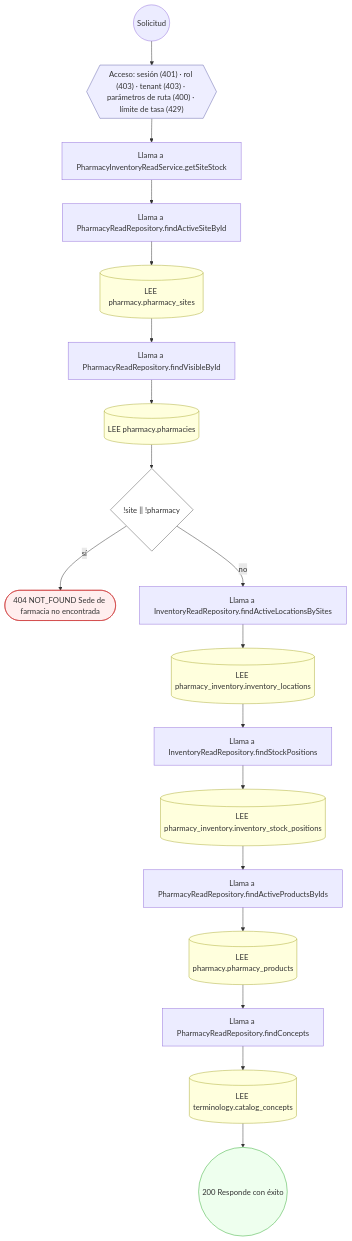
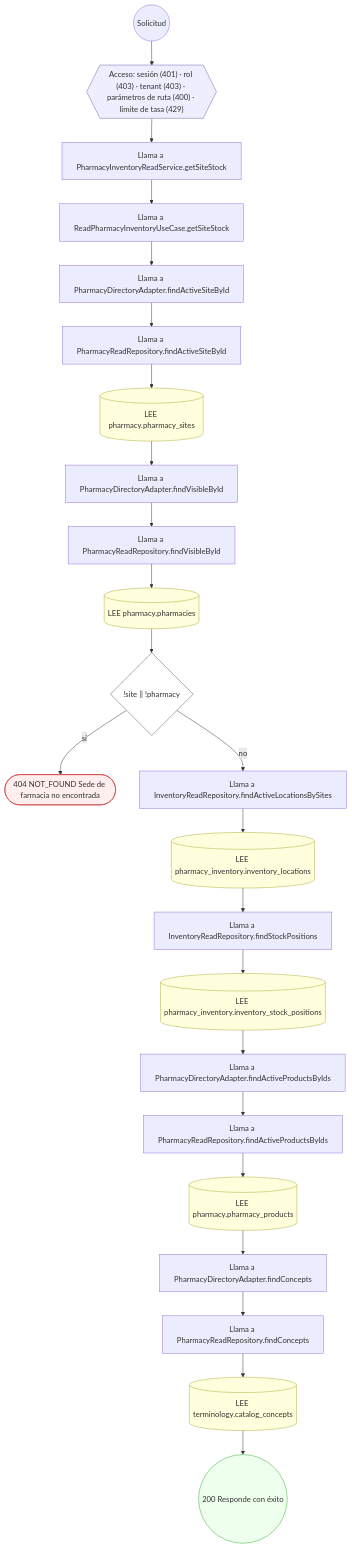
The eighth of 30 diagrams in docs/inventario/flujos/pharmacy_inventory.md (mdavila-2001/mantra-core-health-api), drawn with Mermaid before and after one commit. The commit also changed other lines of this file and 451 other files, not shown here.

First line of the commit message:
chore(data_catalog): contrato OpenAPI, inventario y pruebas al día con el diseño del #660

````diff
--- a/docs/inventario/flujos/pharmacy_inventory.md
+++ b/docs/inventario/flujos/pharmacy_inventory.md
@@ -805,44 +775,54 @@
 ```mermaid
 flowchart TD
   n1(("Solicitud")):::inicio
   n2{{"Acceso: sesión (401) · rol (403) · tenant (403) · parámetros de ruta (400) · límite de tasa (429)"}}:::acceso
   n1 --> n2
   n3["Llama a PharmacyInventoryReadService.getSiteStock"]:::llamada
   n2 --> n3
-  n4["Llama a PharmacyReadRepository.findActiveSiteById"]:::llamada
+  n4["Llama a ReadPharmacyInventoryUseCase.getSiteStock"]:::llamada
   n3 --> n4
-  n5[("LEE pharmacy.pharmacy_sites")]:::efecto
+  n5["Llama a PharmacyDirectoryAdapter.findActiveSiteById"]:::llamada
   n4 --> n5
-  n6["Llama a PharmacyReadRepository.findVisibleById"]:::llamada
+  n6["Llama a PharmacyReadRepository.findActiveSiteById"]:::llamada
   n5 --> n6
-  n7[("LEE pharmacy.pharmacies")]:::efecto
+  n7[("LEE pharmacy.pharmacy_sites")]:::efecto
   n6 --> n7
-  n8{"!site || !pharmacy"}:::decision
+  n8["Llama a PharmacyDirectoryAdapter.findVisibleById"]:::llamada
   n7 --> n8
-  n9(["404 NOT_FOUND Sede de farmacia no encontrada"]):::error
-  n8 -->|"sí"| n9
-  n10["Llama a InventoryReadRepository.findActiveLocationsBySites"]:::llamada
-  n8 -->|"no"| n10
-  n11[("LEE pharmacy_inventory.inventory_locations")]:::efecto
+  n9["Llama a PharmacyReadRepository.findVisibleById"]:::llamada
+  n8 --> n9
+  n10[("LEE pharmacy.pharmacies")]:::efecto
+  n9 --> n10
+  n11{"!site || !pharmacy"}:::decision
   n10 --> n11
-  n12["Llama a InventoryReadRepository.findStockPositions"]:::llamada
-  n11 --> n12
-  n13[("LEE pharmacy_inventory.inventory_stock_positions")]:::efecto
-  n12 --> n13
-  n14["Llama a PharmacyReadRepository.findActiveProductsByIds"]:::llamada
+  n12(["404 NOT_FOUND Sede de farmacia no encontrada"]):::error
+  n11 -->|"sí"| n12
+  n13["Llama a InventoryReadRepository.findActiveLocationsBySites"]:::llamada
+  n11 -->|"no"| n13
+  n14[("LEE pharmacy_inventory.inventory_locations")]:::efecto
   n13 --> n14
-  n15[("LEE pharmacy.pharmacy_products")]:::efecto
+  n15["Llama a InventoryReadRepository.findStockPositions"]:::llamada
   n14 --> n15
-  n16["Llama a PharmacyReadRepository.findConcepts"]:::llamada
+  n16[("LEE pharmacy_inventory.inventory_stock_positions")]:::efecto
   n15 --> n16
-  n17[("LEE terminology.catalog_concepts")]:::efecto
+  n17["Llama a PharmacyDirectoryAdapter.findActiveProductsByIds"]:::llamada
   n16 --> n17
-  n18(("200 Responde con éxito")):::ok
+  n18["Llama a PharmacyReadRepository.findActiveProductsByIds"]:::llamada
   n17 --> n18
+  n19[("LEE pharmacy.pharmacy_products")]:::efecto
+  n18 --> n19
+  n20["Llama a PharmacyDirectoryAdapter.findConcepts"]:::llamada
+  n19 --> n20
+  n21["Llama a PharmacyReadRepository.findConcepts"]:::llamada
+  n20 --> n21
+  n22[("LEE terminology.catalog_concepts")]:::efecto
+  n21 --> n22
+  n23(("200 Responde con éxito")):::ok
+  n22 --> n23
   classDef acceso fill:#eef,stroke:#66a
   classDef error fill:#fee,stroke:#c33
   classDef ok fill:#efe,stroke:#3a3
   classDef efecto fill:#ffd,stroke:#aa3
   classDef decision fill:#fff,stroke:#555
   classDef corte fill:#eee,stroke:#999,stroke-dasharray: 4
 ```
````
